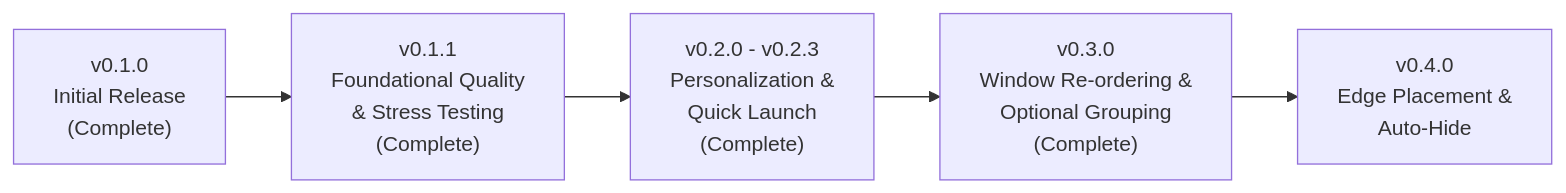
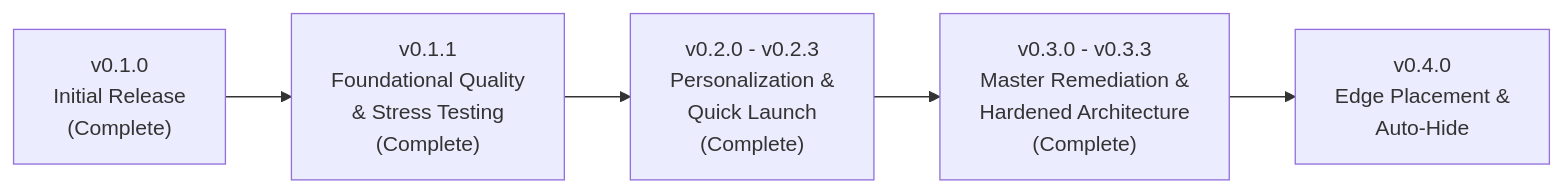
One commit to obertguo/macos-taskbar changed the diagram in plans/roadmap.md. Above: the diagram before and after it, drawn with Mermaid. The commit also changed other lines of this file and 37 other files, not shown here.

````diff
--- a/plans/roadmap.md
+++ b/plans/roadmap.md
@@ -20,7 +20,7 @@
 ```mermaid
 flowchart LR
     v010["v0.1.0<br/>Initial Release<br/>(Complete)"] --> v011["v0.1.1<br/>Foundational Quality<br/>& Stress Testing<br/>(Complete)"]
     v011 --> v020["v0.2.0 - v0.2.3<br/>Personalization &<br/>Quick Launch<br/>(Complete)"]
-    v020 --> v030["v0.3.0<br/>Window Re-ordering &<br/>Optional Grouping<br/>(Complete)"]
+    v020 --> v030["v0.3.0 - v0.3.3<br/>Master Remediation &<br/>Hardened Architecture<br/>(Complete)"]
     v030 --> v040["v0.4.0<br/>Edge Placement &<br/>Auto-Hide"]
 ```
````
